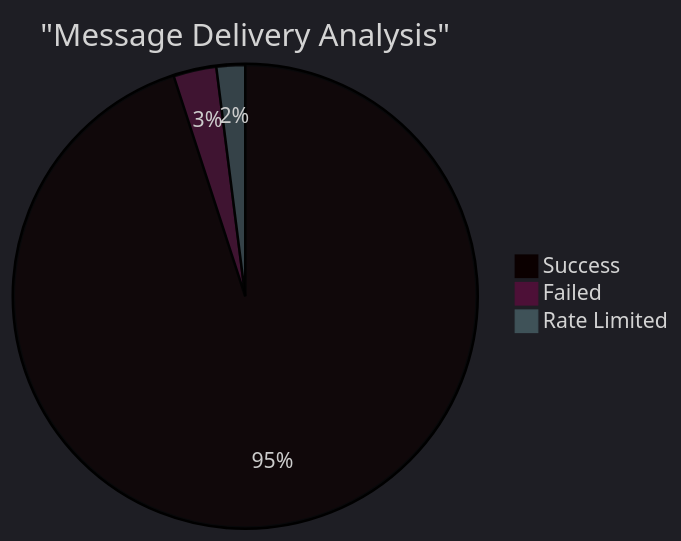
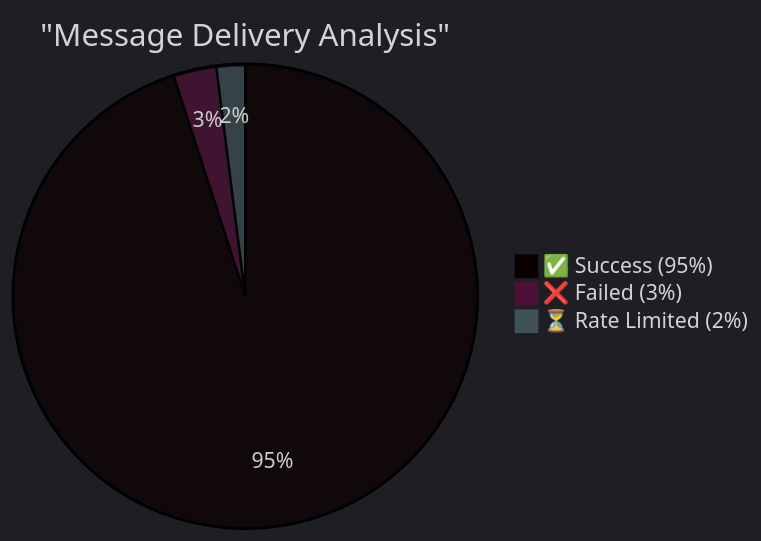
Before and after one commit to MyTheeNa/nglspammer: the third of 4 diagrams in README.md, drawn with Mermaid. The commit also changed other lines of this file, not shown here.

````diff
--- a/README.md
+++ b/README.md
@@ -40,8 +49,8 @@
 ```mermaid
 %%{init: {'theme': 'dark'}}%%
 pie
     title "Message Delivery Analysis"
-    "Success" : 95
-    "Failed" : 3
-    "Rate Limited" : 2
+    "✅ Success (95%)" : 95
+    "❌ Failed (3%)" : 3
+    "⏳ Rate Limited (2%)" : 2
 ```
````
